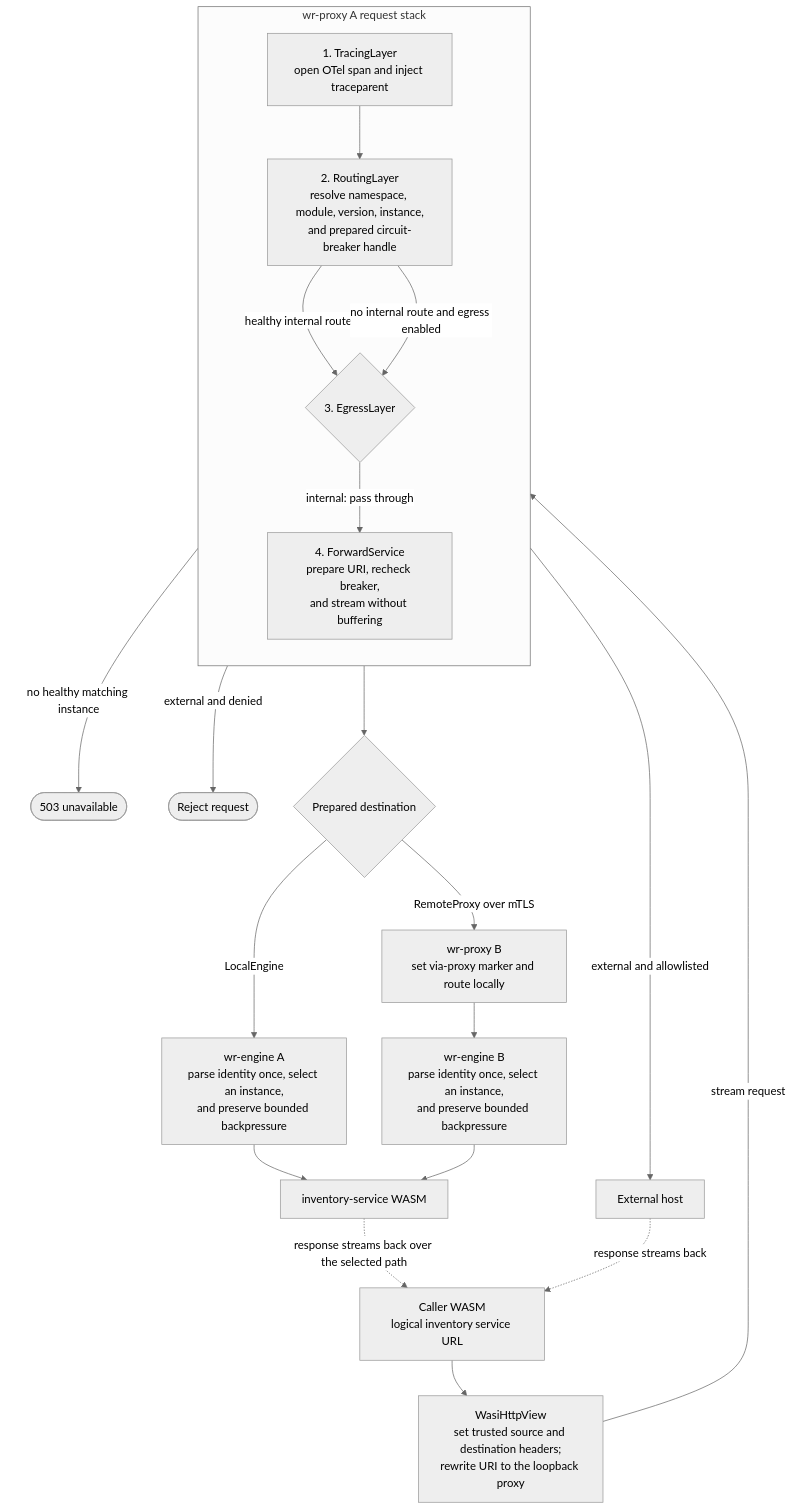
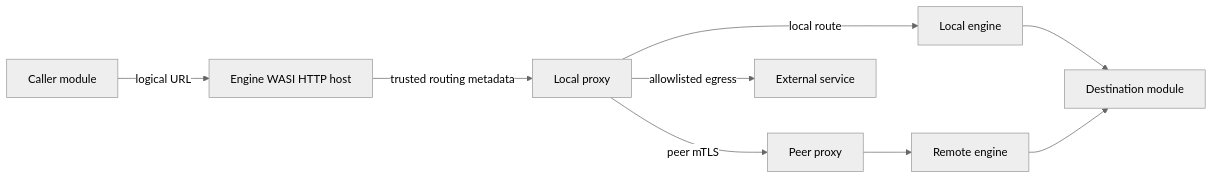
The second of 2 diagrams in docs/architecture.md (angelini/wruntime), drawn with Mermaid (neutral theme) before and after one commit. The commit also changed other lines of this file and 31 other files, not shown here.

````diff
--- a/docs/architecture.md
+++ b/docs/architecture.md
@@ -132,32 +172,11 @@
 ```mermaid
-flowchart TD
-    caller["Caller WASM<br/>logical inventory service URL"]
-    host["WasiHttpView<br/>set trusted source and destination headers;<br/>rewrite URI to the loopback proxy"]
-
-    subgraph proxy_a["wr-proxy A request stack"]
-        direction TB
-        tracing["1. TracingLayer<br/>open OTel span and inject traceparent"]
-        routing["2. RoutingLayer<br/>resolve namespace, module, version, instance,<br/>and prepared circuit-breaker handle"]
-        egress{"3. EgressLayer"}
-        forward["4. ForwardService<br/>prepare URI, recheck breaker,<br/>and stream without buffering"]
-        tracing --> routing
-        routing -->|"healthy internal route"| egress
-        egress -->|"internal: pass through"| forward
-    end
-
-    caller --> host -->|"stream request"| tracing
-    routing -->|"no healthy matching instance"| unavailable(["503 unavailable"])
-    routing -->|"no internal route and egress enabled"| egress
-    egress -->|"external and allowlisted"| external["External host"]
-    egress -->|"external and denied"| blocked(["Reject request"])
-
-    forward --> location{"Prepared destination"}
-    location -->|"LocalEngine"| local_engine["wr-engine A<br/>parse identity once, select an instance,<br/>and preserve bounded backpressure"]
-    location -->|"RemoteProxy over mTLS"| peer_proxy["wr-proxy B<br/>set via-proxy marker and route locally"]
-    peer_proxy --> remote_engine["wr-engine B<br/>parse identity once, select an instance,<br/>and preserve bounded backpressure"]
-    local_engine --> destination["inventory-service WASM"]
+flowchart LR
+    caller["Caller module"] -->|"logical URL"| host["Engine WASI HTTP host"]
+    host -->|"trusted routing metadata"| local_proxy["Local proxy"]
+    local_proxy -->|"local route"| local_engine["Local engine"]
+    local_proxy -->|"peer mTLS"| peer_proxy["Peer proxy"]
+    peer_proxy --> remote_engine["Remote engine"]
+    local_engine --> destination["Destination module"]
     remote_engine --> destination
-
-    destination -.->|"response streams back over the selected path"| caller
-    external -.->|"response streams back"| caller
+    local_proxy -->|"allowlisted egress"| external["External service"]
 ```
````
